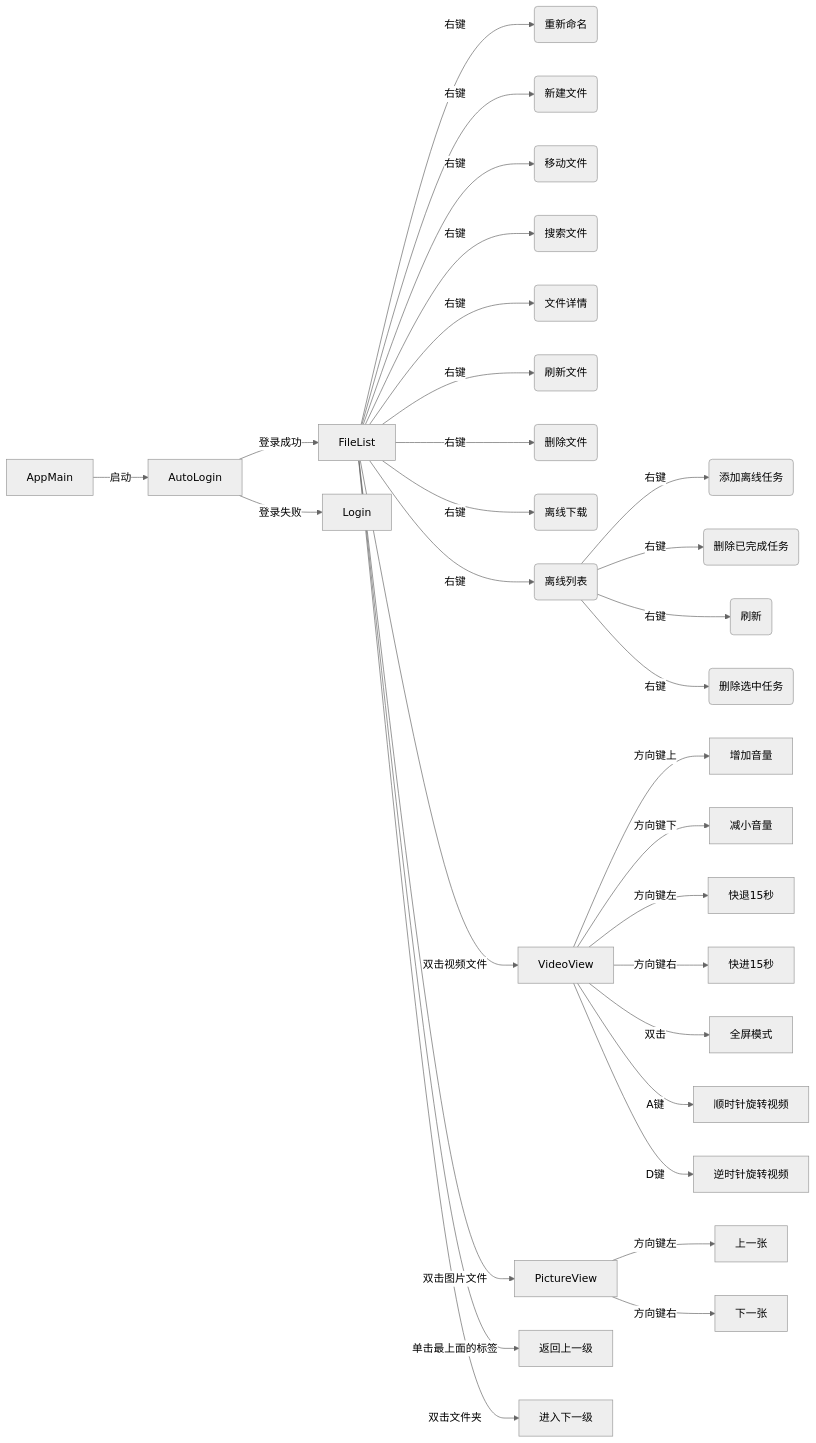
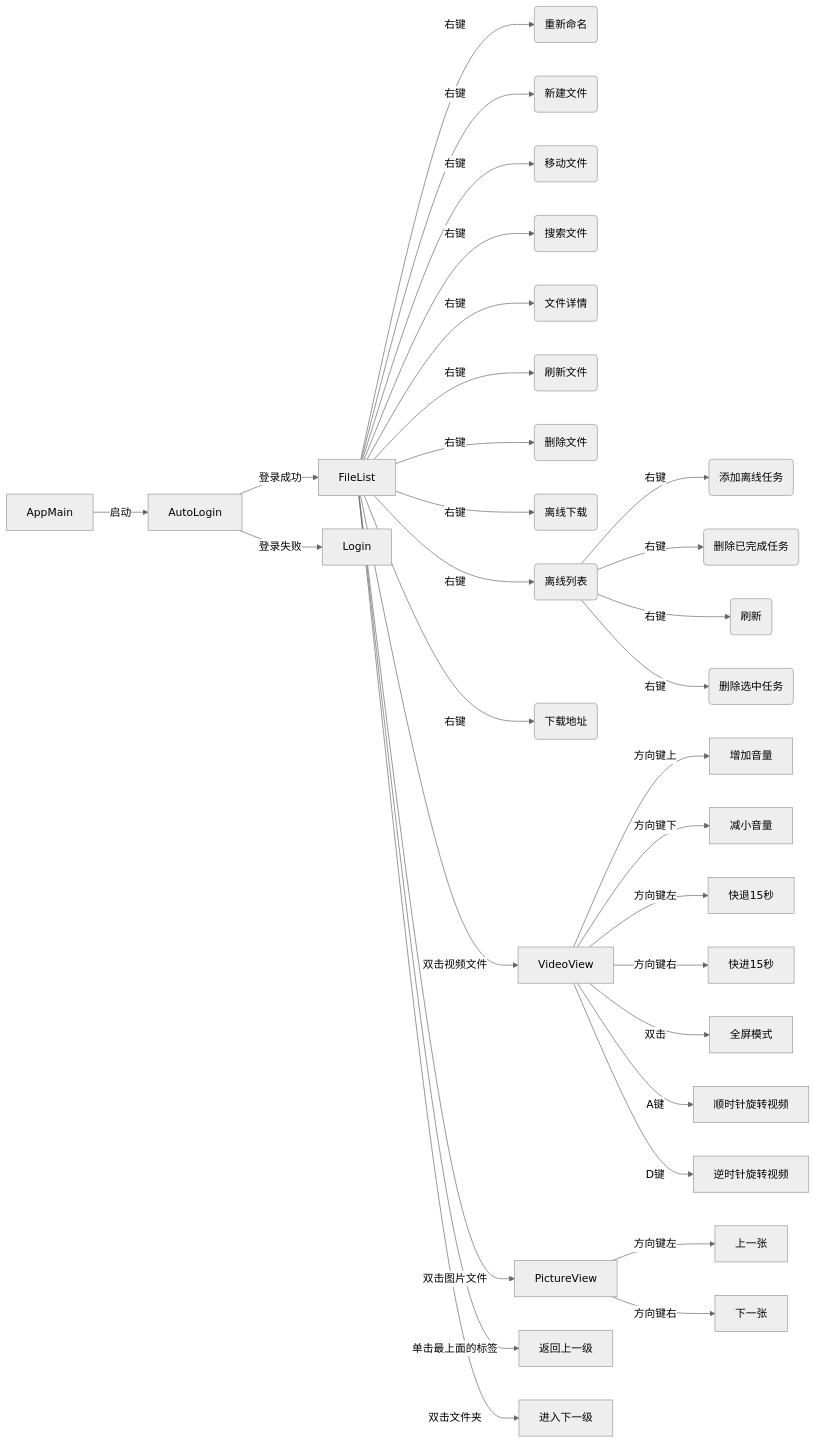
Before and after one commit to zerorooot/SixPan: the diagram in README.md, drawn with Mermaid (neutral theme). The commit also changed other lines of this file and 4 other files, not shown here.

````diff
--- a/README.md
+++ b/README.md
@@ -29,31 +30,32 @@
 ```mermaid
 graph LR;
 AppMain--启动-->AutoLogin--登录成功-->FileList
 AutoLogin--登录失败-->Login
 FileList--右键-->editItem(重新命名)
 FileList--右键-->createFolderItem(新建文件)
 FileList--右键-->moveFileItem(移动文件)
 FileList--右键-->searchFileItem(搜索文件)
 FileList--右键-->fileInfoItem(文件详情)
 FileList--右键-->flushItem(刷新文件)
 FileList--右键-->deleteItem(删除文件)
 FileList--右键-->addOffLineItem(离线下载)
 FileList--右键-->offLineViewltem(离线列表)
+FileList--右键-->downloadItem(下载地址)
 offLineViewltem--右键-->offLineAdd(添加离线任务)
 offLineViewltem--右键-->deleteComplete(删除已完成任务)
 offLineViewltem--右键-->flush(刷新)
 offLineViewltem--右键-->deleteCurrent(删除选中任务)
 FileList--双击视频文件-->VideoView
 VideoView--方向键上-->增加音量
 VideoView--方向键下-->减小音量
 VideoView--方向键左-->快退15秒
 VideoView--方向键右-->快进15秒
 VideoView--双击-->全屏模式
 VideoView--A键-->顺时针旋转视频
 VideoView--D键-->逆时针旋转视频
 FileList--双击图片文件-->PictureView
 PictureView--方向键左-->上一张
 PictureView--方向键右-->下一张
 FileList--单击最上面的标签-->返回上一级
 FileList--双击文件夹-->进入下一级
 ```
````
